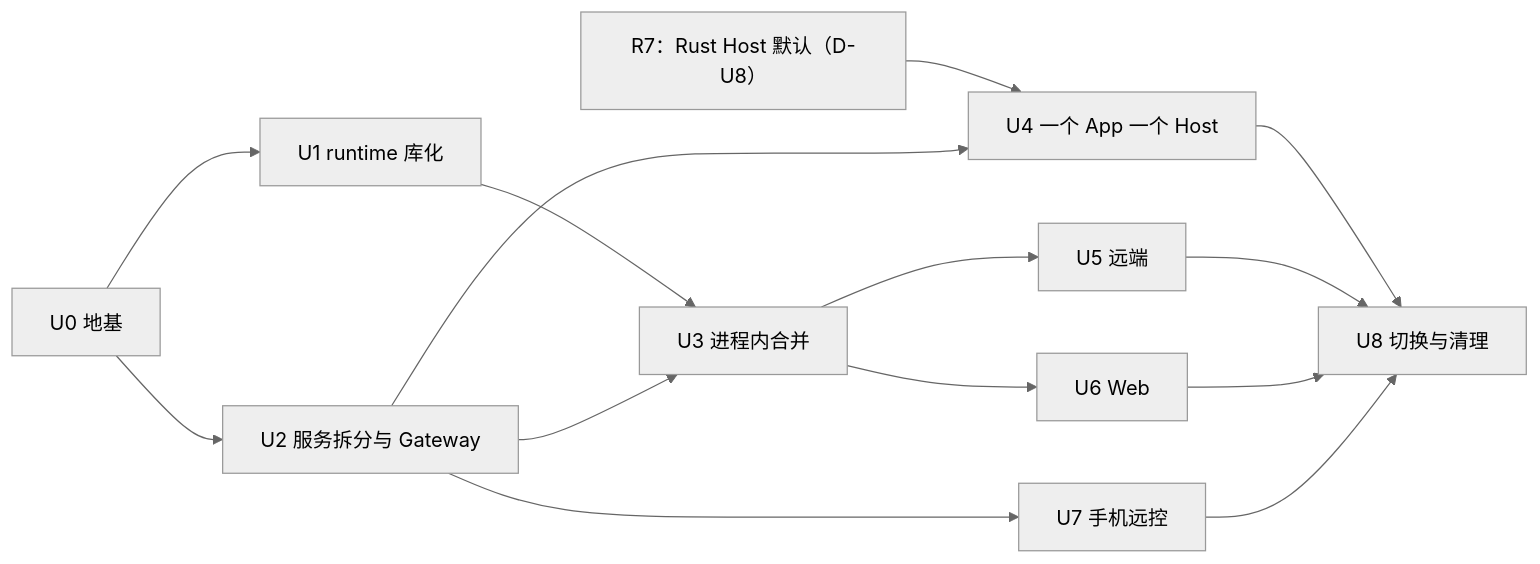
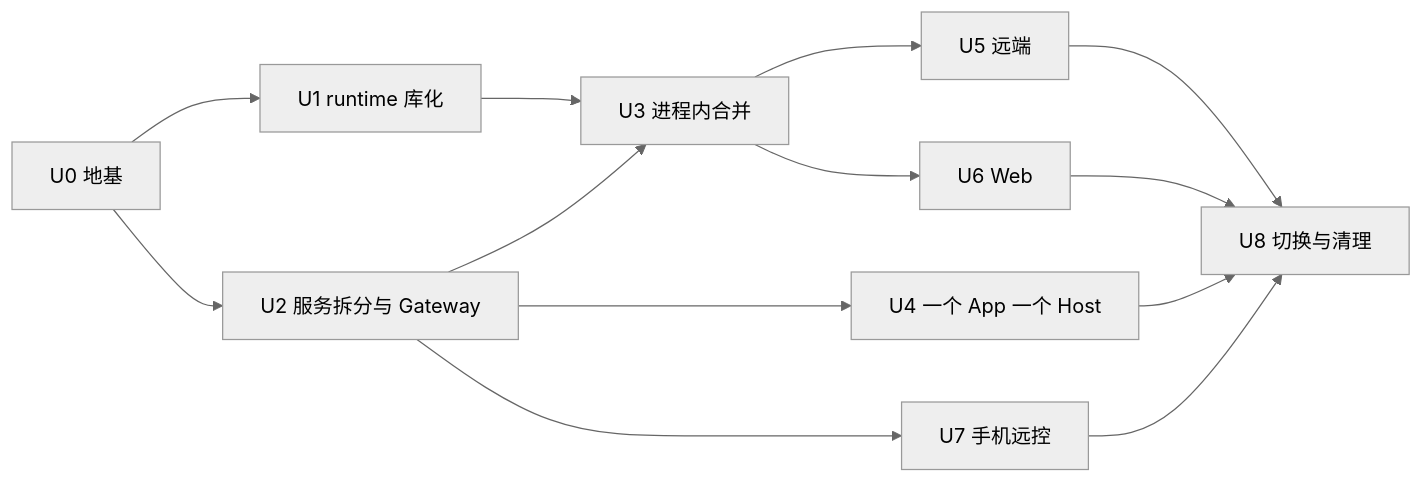
Before and after one commit to Madin-H23/ZCode-rs: the ninth of 9 diagrams in docs/specs/rust-unified-host.md, drawn with Mermaid (neutral theme). The commit also changed other lines of this file, not shown here.

First line of the commit message:
docs(rust): record unified Host decisions and explain runtime actor scope

````diff
--- a/docs/specs/rust-unified-host.md
+++ b/docs/specs/rust-unified-host.md
@@ -562,16 +563,15 @@
 ```mermaid
 flowchart LR
-    R7["R7：Rust Host 默认（D-U8）"] --> U4
     U0["U0 地基"] --> U1["U1 runtime 库化"]
     U0 --> U2["U2 服务拆分与 Gateway"]
     U1 --> U3["U3 进程内合并"]
     U2 --> U3
     U2 --> U4["U4 一个 App 一个 Host"]
     U3 --> U5["U5 远端"]
     U3 --> U6["U6 Web"]
     U2 --> U7["U7 手机远控"]
     U4 --> U8["U8 切换与清理"]
     U5 --> U8
     U6 --> U8
     U7 --> U8
 ```
````
